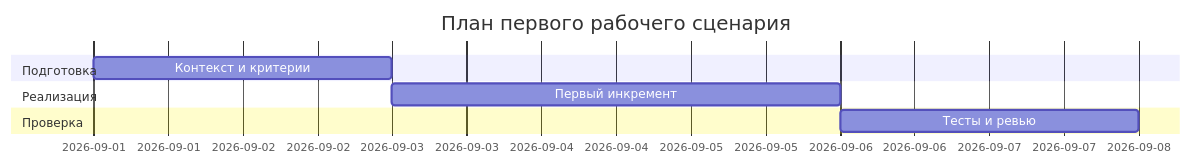
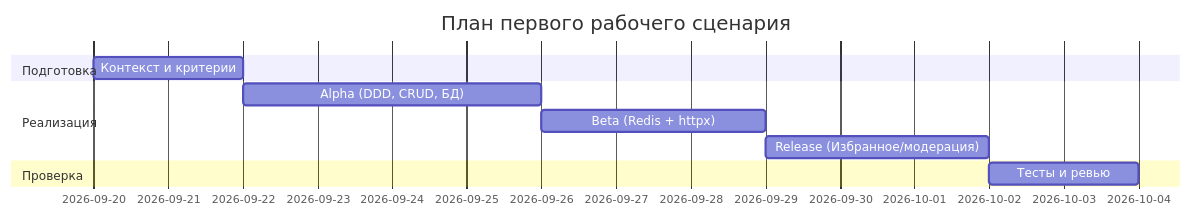
The diagram in practices/practice_01/project_management.md (ai-course-avito/ITMOv2), drawn with Mermaid before and after one commit. The commit also changed other lines of this file and 3 other files, not shown here.

````diff
--- a/practices/practice_01/project_management.md
+++ b/practices/practice_01/project_management.md
@@ -15,11 +15,13 @@
 ```mermaid
 gantt
     title План первого рабочего сценария
     dateFormat  YYYY-MM-DD
     section Подготовка
-    Контекст и критерии :a1, 2026-09-01, 2d
+    Контекст и критерии :a1, 2026-09-20, 2d
     section Реализация
-    Первый инкремент :after a1, 3d
+    Alpha (DDD, CRUD, БД) :a2, after a1, 4d
+    Beta (Redis + httpx) :a3, after a2, 3d
+    Release (Избранное/модерация) :a4, after a3, 3d
     section Проверка
-    Тесты и ревью :2d
+    Тесты и ревью :after a4, 2d
 ```
````
